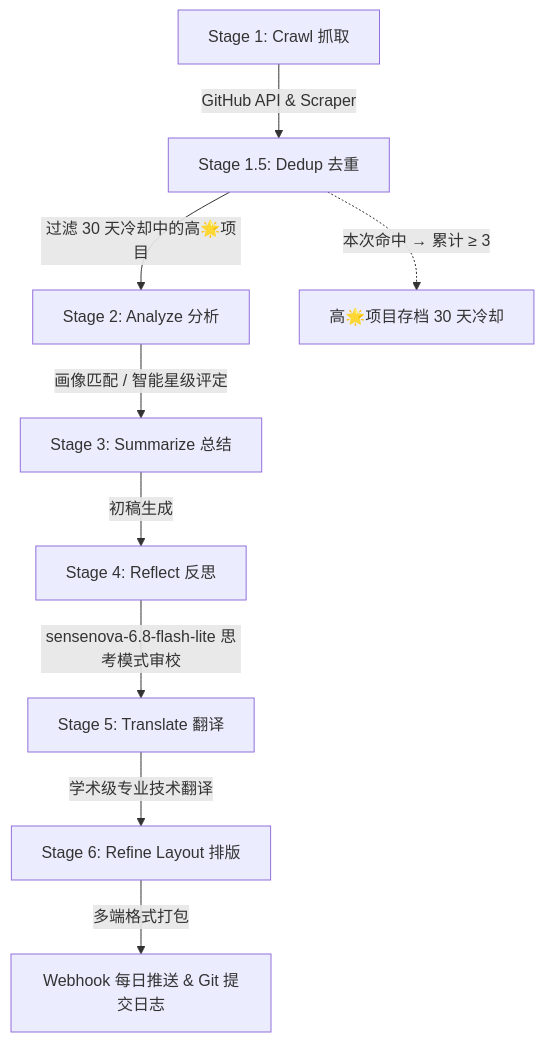
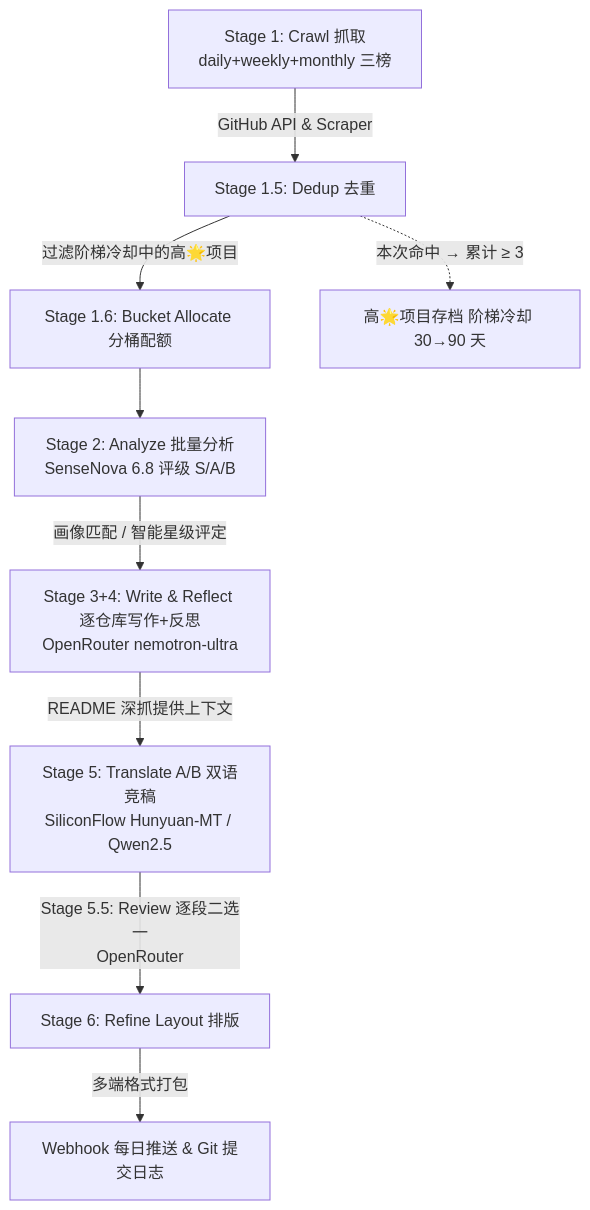
Before and after one commit to Golden0Voyager/auto_github: the diagram in README.md, drawn with Mermaid. The commit also changed other lines of this file and 1 other file, not shown here.

First line of the commit message:
docs: sync README + AGENTS.md with actual multi-provider architecture

````diff
--- a/README.md
+++ b/README.md
@@ -29,11 +29,11 @@
 ```mermaid
 graph TD
-    A[Stage 1: Crawl 抓取] -->|GitHub API & Scraper| B[Stage 1.5: Dedup 去重]
-    B -->|过滤 30 天冷却中的高🌟项目| C[Stage 2: Analyze 分析]
-    C -->|画像匹配 / 智能星级评定| D[Stage 3: Summarize 总结]
-    D -->|初稿生成| E[Stage 4: Reflect 反思]
-    E -->|sensenova-6.8-flash-lite 思考模式审校| F[Stage 5: Translate 翻译]
-    F -->|学术级专业技术翻译| G[Stage 6: Refine Layout 排版]
-    G -->|多端格式打包| H[Webhook 每日推送 & Git 提交日志]
-    B -.->|本次命中 → 累计 ≥ 3| I[高🌟项目存档 30 天冷却]
+    A[Stage 1: Crawl 抓取<br>daily+weekly+monthly 三榜] -->|GitHub API & Scraper| B[Stage 1.5: Dedup 去重]
+    B -->|过滤阶梯冷却中的高🌟项目| B2[Stage 1.6: Bucket Allocate 分桶配额]
+    B2 --> C[Stage 2: Analyze 批量分析<br>SenseNova 6.8 评级 S/A/B]
+    C -->|画像匹配 / 智能星级评定| D[Stage 3+4: Write & Reflect 逐仓库写作+反思<br>OpenRouter nemotron-ultra]
+    D -->|README 深抓提供上下文| E[Stage 5: Translate A/B 双语竞稿<br>SiliconFlow Hunyuan-MT / Qwen2.5]
+    E -->|Stage 5.5: Review 逐段二选一<br>OpenRouter| F[Stage 6: Refine Layout 排版]
+    F -->|多端格式打包| H[Webhook 每日推送 & Git 提交日志]
+    B -.->|本次命中 → 累计 ≥ 3| I[高🌟项目存档 阶梯冷却 30→90 天]
 ```
````
